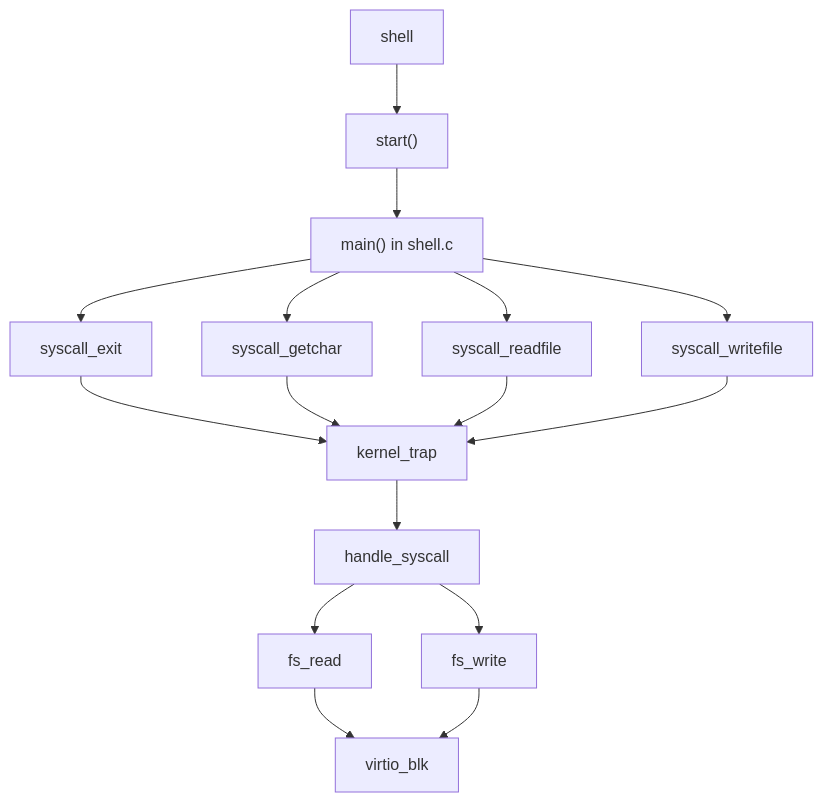
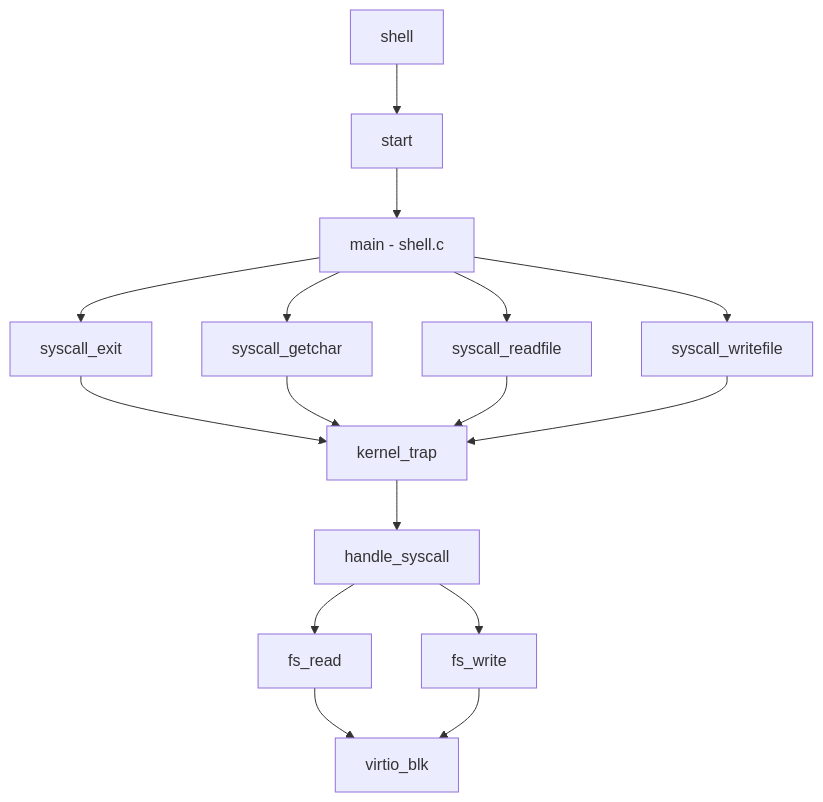
One commit to phUR99/Project changed the eighth of 9 diagrams in OS/README.md. Above: the diagram before and after it, drawn with Mermaid. The commit also changed other lines of this file, not shown here.

Commit message:
OS mermaid 오류 수정

````diff
--- a/OS/README.md
+++ b/OS/README.md
@@ -111,20 +110,20 @@
 ```mermaid
 graph TD
-    shell --> user_start["start()"]
-    user_start --> user_main["main() in shell.c"]
+    shell --> user_start[start]
+    user_start --> user_main[main - shell.c]
     user_main --> syscall_exit
     user_main --> syscall_getchar
     user_main --> syscall_readfile
     user_main --> syscall_writefile
 
     syscall_exit --> kernel_trap
     syscall_getchar --> kernel_trap
     syscall_readfile --> kernel_trap
     syscall_writefile --> kernel_trap
 
     kernel_trap --> handle_syscall
     handle_syscall --> fs_read
     handle_syscall --> fs_write
     fs_read --> virtio_blk
     fs_write --> virtio_blk
 ```
````
